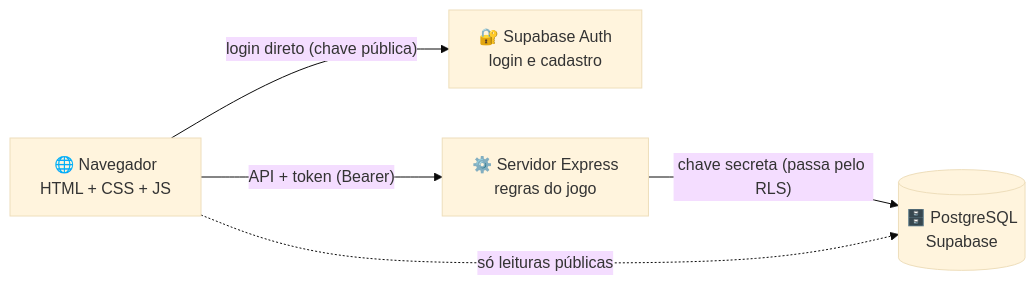
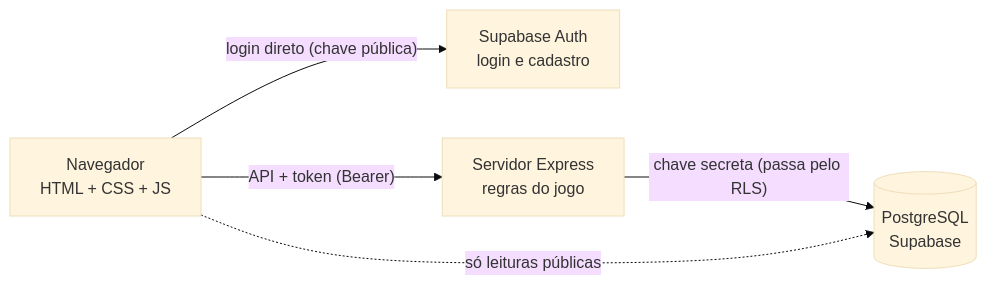
One commit to Thz002/heroes-of-health changed the diagram in README.md. Above: the diagram before and after it, drawn with Mermaid (base theme). The commit also changed other lines of this file, not shown here.

````diff
--- a/README.md
+++ b/README.md
@@ -111,12 +111,12 @@
 ```mermaid
 flowchart LR
-    N["🌐 Navegador<br/>HTML + CSS + JS"]
-    A["🔐 Supabase Auth<br/>login e cadastro"]
-    E["⚙️ Servidor Express<br/>regras do jogo"]
-    B[("🗄️ PostgreSQL<br/>Supabase")]
+    N[" Navegador<br/>HTML + CSS + JS"]
+    A[" Supabase Auth<br/>login e cadastro"]
+    E[" Servidor Express<br/>regras do jogo"]
+    B[(" PostgreSQL<br/>Supabase")]
 
     N -- "login direto (chave pública)" --> A
     N -- "API + token (Bearer)" --> E
     E -- "chave secreta (passa pelo RLS)" --> B
     N -. "só leituras públicas" .-> B
 ```
````
